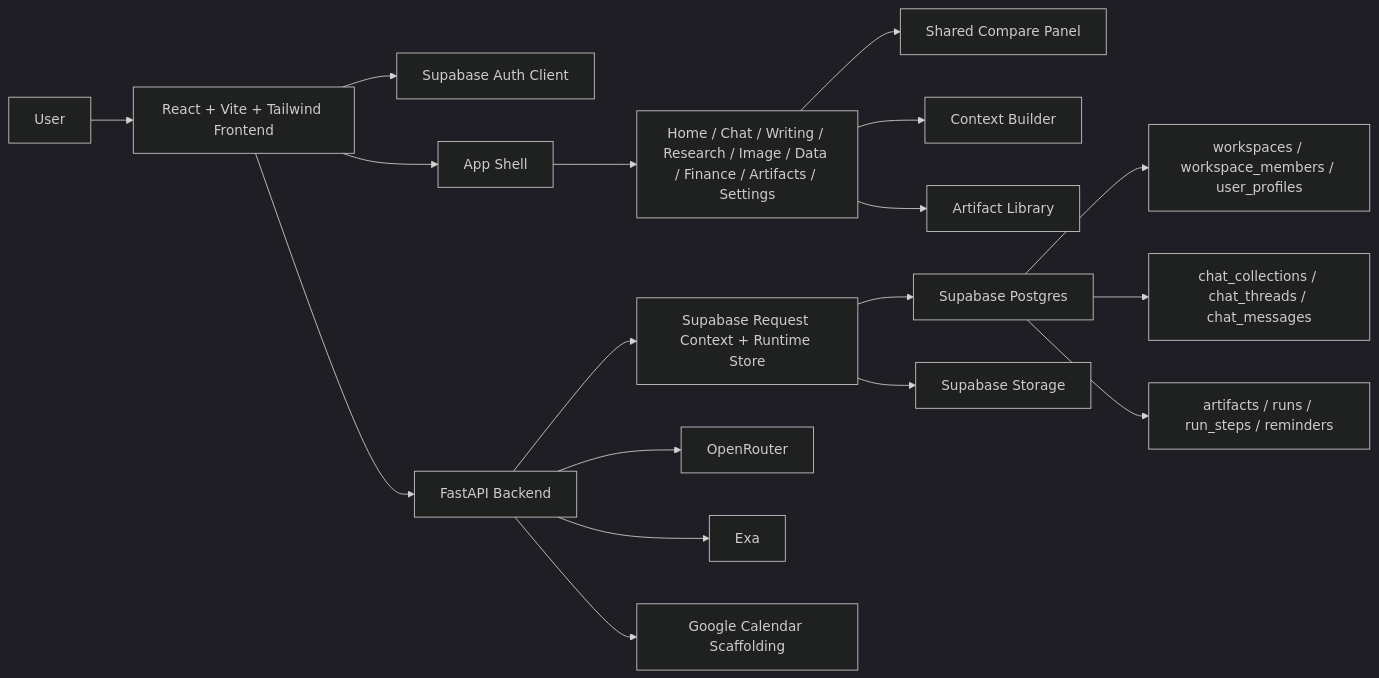
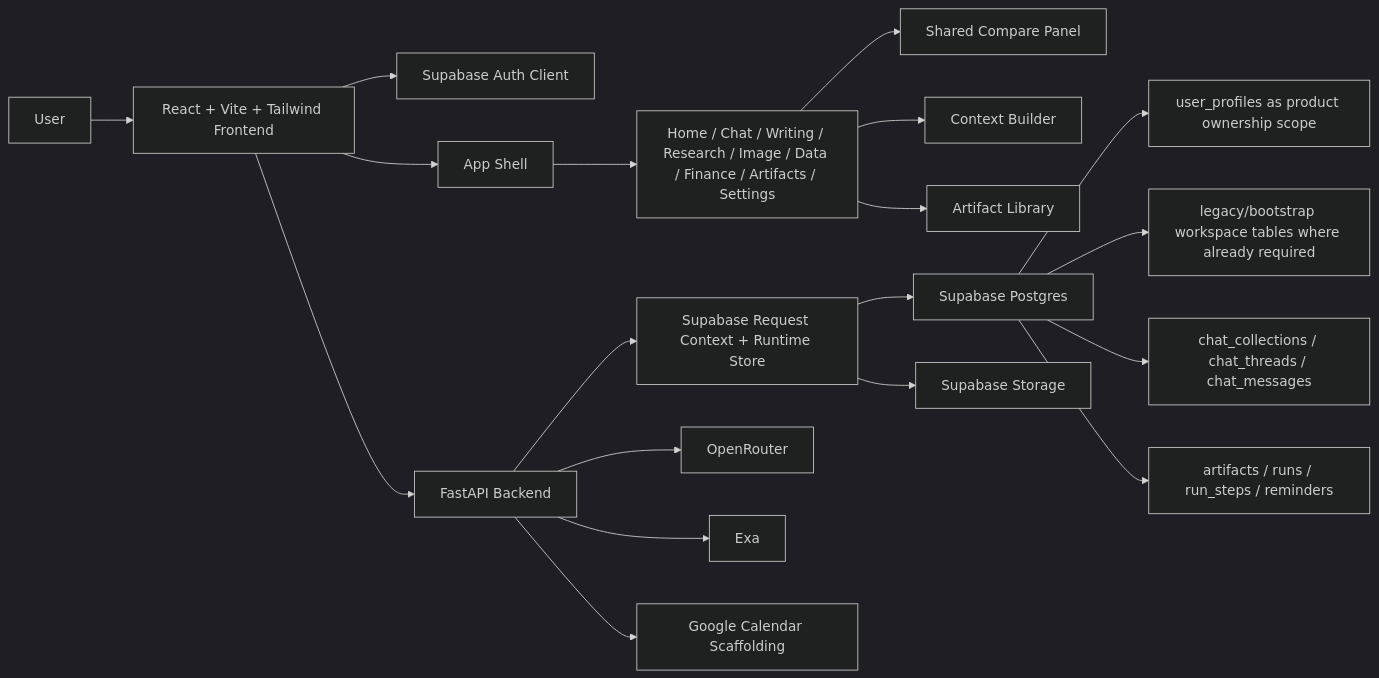
Before and after one commit to KushagraBharti/Beyond-Chat: the diagram in docs/system-architecture.md, drawn with Mermaid (dark theme). The commit also changed other lines of this file and 47 other files, not shown here.

````diff
--- a/docs/system-architecture.md
+++ b/docs/system-architecture.md
@@ -3,24 +3,25 @@
 ```mermaid
 flowchart LR
     User["User"] --> FE["React + Vite + Tailwind Frontend"]
     FE --> Auth["Supabase Auth Client"]
     FE --> API["FastAPI Backend"]
 
     FE --> Shell["App Shell"]
     Shell --> Studios["Home / Chat / Writing / Research / Image / Data / Finance / Artifacts / Settings"]
     Studios --> Compare["Shared Compare Panel"]
     Studios --> Context["Context Builder"]
     Studios --> Library["Artifact Library"]
 
     API --> Runtime["Supabase Request Context + Runtime Store"]
     Runtime --> PG["Supabase Postgres"]
     Runtime --> Storage["Supabase Storage"]
 
     API --> OR["OpenRouter"]
     API --> Exa["Exa"]
     API --> Google["Google Calendar Scaffolding"]
 
-    PG --> Workspace["workspaces / workspace_members / user_profiles"]
+    PG --> Profile["user_profiles as product ownership scope"]
+    PG --> Workspace["legacy/bootstrap workspace tables where already required"]
     PG --> Chat["chat_collections / chat_threads / chat_messages"]
     PG --> Work["artifacts / runs / run_steps / reminders"]
 ```
````
